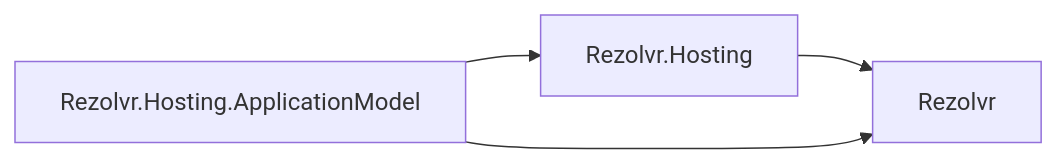
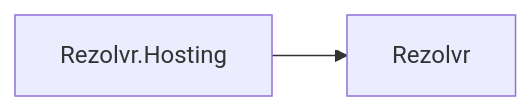
One commit to assimalign/cohesion changed diagram 24 of 27 in docs/DEPENDENCIES.md. Above: the diagram before and after it, drawn with Mermaid. The commit also changed other lines of this file and 144 other files, not shown here.

First line of the commit message:
feat(fabric): add the fabric/ root with base application-model contracts

````diff
--- a/docs/DEPENDENCIES.md
+++ b/docs/DEPENDENCIES.md
@@ -924,9 +921,6 @@
 ```mermaid
 flowchart LR
     N0["Rezolvr"]
     N1["Rezolvr.Hosting"]
-    N2["Rezolvr.Hosting.ApplicationModel"]
     N1 --> N0
-    N2 --> N0
-    N2 --> N1
 ```
````
